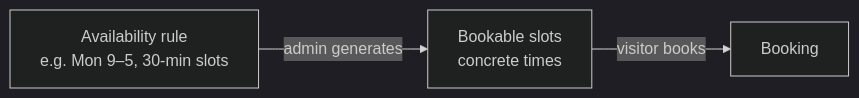
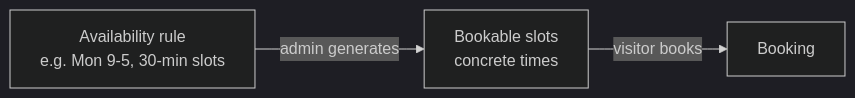
One commit to Foysal-Munsy/projects-case-studies changed the third of 5 diagrams in src/content/case-studies/credosis-api.mdx. Above: the diagram before and after it, drawn with Mermaid (dark theme). The commit also changed other lines of this file and 6 other files, not shown here.

````diff
--- a/src/content/case-studies/credosis-api.mdx
+++ b/src/content/case-studies/credosis-api.mdx
@@ -115,5 +115,5 @@
 ```mermaid
 flowchart LR
-    R["Availability rule<br/>e.g. Mon 9–5, 30-min slots"] -->|"admin generates"| S["Bookable slots<br/>concrete times"]
+    R["Availability rule<br/>e.g. Mon 9-5, 30-min slots"] -->|"admin generates"| S["Bookable slots<br/>concrete times"]
     S -->|"visitor books"| BK["Booking"]
 ```
````
